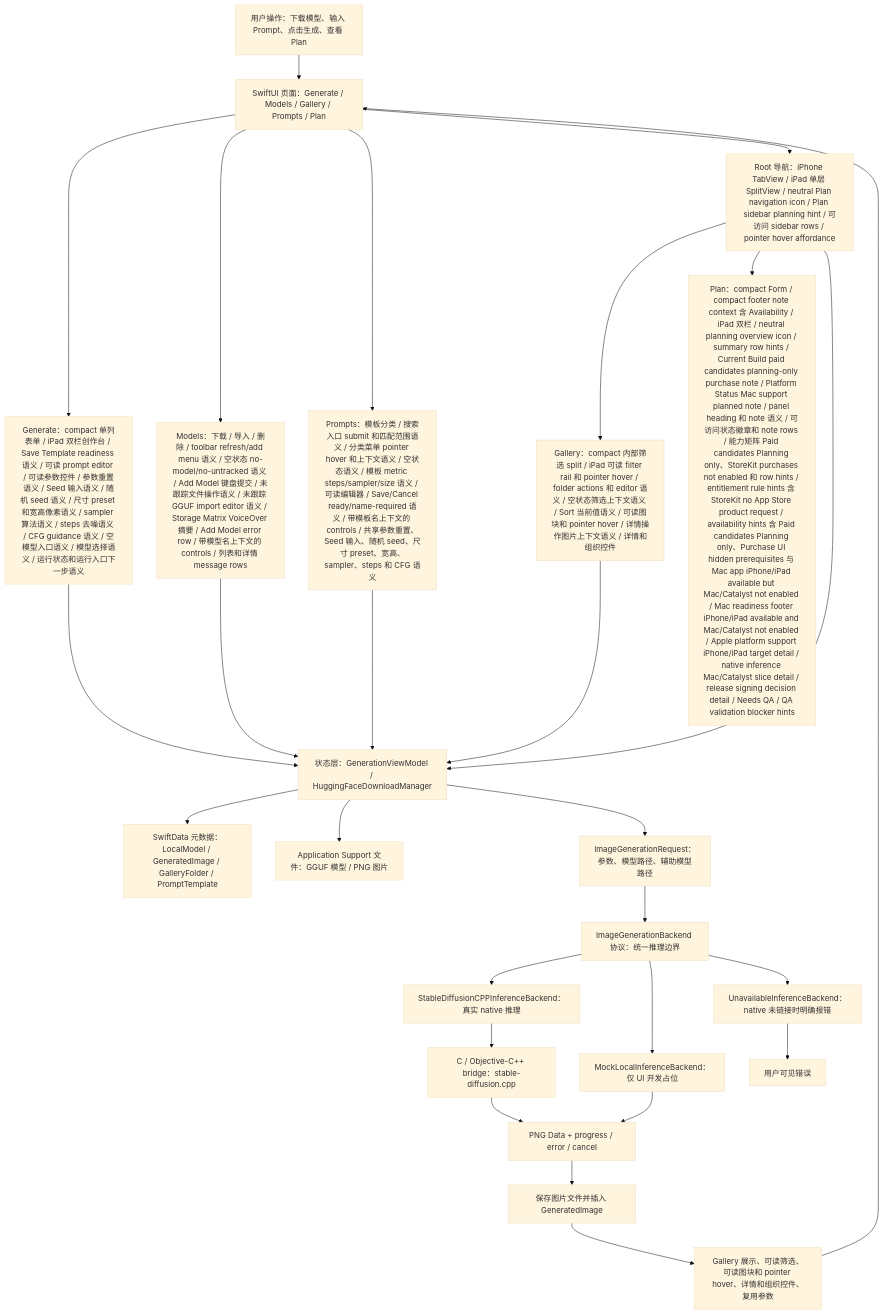
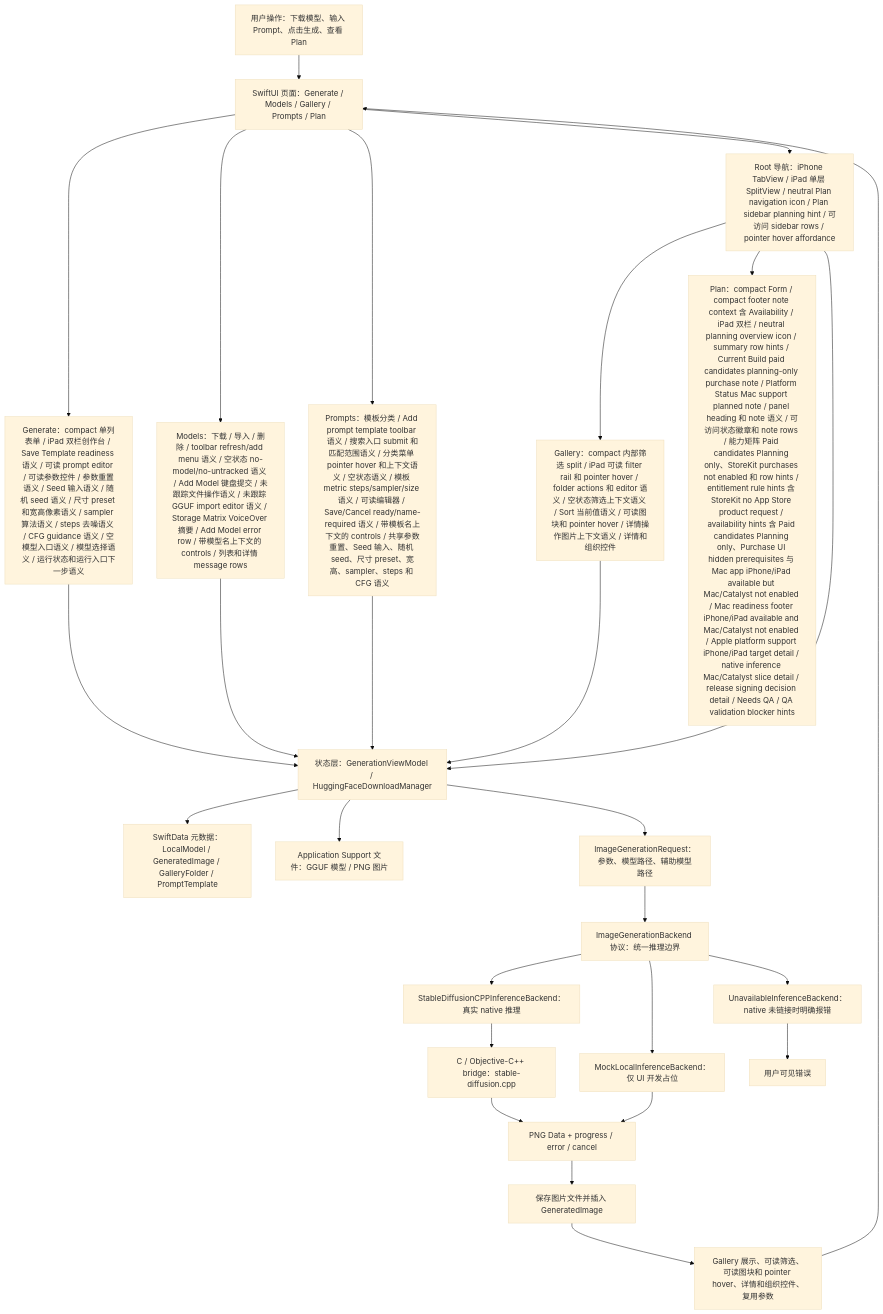
One commit to Altman-sam114/118 changed the first of 7 diagrams in md/flow/flowchart.md. Above: the diagram before and after it, drawn with Mermaid (base theme). The commit also changed 5 other files, not shown here.

First line of the commit message:
v1.87: Prompt Add toolbar semantics

````diff
--- a/md/flow/flowchart.md
+++ b/md/flow/flowchart.md
@@ -9,29 +9,29 @@
 ```mermaid
 flowchart TD
   U["用户操作：下载模型、输入 Prompt、点击生成、查看 Plan"] --> UI["SwiftUI 页面：Generate / Models / Gallery / Prompts / Plan"]
   UI --> GENUI["Generate：compact 单列表单 / iPad 双栏创作台 / Save Template readiness 语义 / 可读 prompt editor / 可读参数控件 / 参数重置语义 / Seed 输入语义 / 随机 seed 语义 / 尺寸 preset 和宽高像素语义 / sampler 算法语义 / steps 去噪语义 / CFG guidance 语义 / 空模型入口语义 / 模型选择语义 / 运行状态和运行入口下一步语义"]
   UI --> MODELUI["Models：下载 / 导入 / 删除 / toolbar refresh/add menu 语义 / 空状态 no-model/no-untracked 语义 / Add Model 键盘提交 / 未跟踪文件操作语义 / 未跟踪 GGUF import editor 语义 / Storage Matrix VoiceOver 摘要 / Add Model error row / 带模型名上下文的 controls / 列表和详情 message rows"]
-  UI --> PROMPTUI["Prompts：模板分类 / 搜索入口 submit 和匹配范围语义 / 分类菜单 pointer hover 和上下文语义 / 空状态语义 / 模板 metric steps/sampler/size 语义 / 可读编辑器 / Save/Cancel ready/name-required 语义 / 带模板名上下文的 controls / 共享参数重置、Seed 输入、随机 seed、尺寸 preset、宽高、sampler、steps 和 CFG 语义"]
+  UI --> PROMPTUI["Prompts：模板分类 / Add prompt template toolbar 语义 / 搜索入口 submit 和匹配范围语义 / 分类菜单 pointer hover 和上下文语义 / 空状态语义 / 模板 metric steps/sampler/size 语义 / 可读编辑器 / Save/Cancel ready/name-required 语义 / 带模板名上下文的 controls / 共享参数重置、Seed 输入、随机 seed、尺寸 preset、宽高、sampler、steps 和 CFG 语义"]
   UI --> NAV["Root 导航：iPhone TabView / iPad 单层 SplitView / neutral Plan navigation icon / Plan sidebar planning hint / 可访问 sidebar rows / pointer hover affordance"]
   NAV --> GALUI["Gallery：compact 内部筛选 split / iPad 可读 filter rail 和 pointer hover / folder actions 和 editor 语义 / 空状态筛选上下文语义 / Sort 当前值语义 / 可读图块和 pointer hover / 详情操作图片上下文语义 / 详情和组织控件"]
   NAV --> PLANUI["Plan：compact Form / compact footer note context 含 Availability / iPad 双栏 / neutral planning overview icon / summary row hints / Current Build paid candidates planning-only purchase note / Platform Status Mac support planned note / panel heading 和 note 语义 / 可访问状态徽章和 note rows / 能力矩阵 Paid candidates Planning only、StoreKit purchases not enabled 和 row hints / entitlement rule hints 含 StoreKit no App Store product request / availability hints 含 Paid candidates Planning only、Purchase UI hidden prerequisites 与 Mac app iPhone/iPad available but Mac/Catalyst not enabled / Mac readiness footer iPhone/iPad available and Mac/Catalyst not enabled / Apple platform support iPhone/iPad target detail / native inference Mac/Catalyst slice detail / release signing decision detail / Needs QA / QA validation blocker hints"]
   NAV --> VM["状态层：GenerationViewModel / HuggingFaceDownloadManager"]
   GENUI --> VM
   MODELUI --> VM
   PROMPTUI --> VM
   GALUI --> VM
   VM --> SD["SwiftData 元数据：LocalModel / GeneratedImage / GalleryFolder / PromptTemplate"]
   VM --> FS["Application Support 文件：GGUF 模型 / PNG 图片"]
   VM --> REQ["ImageGenerationRequest：参数、模型路径、辅助模型路径"]
   REQ --> IFACE["ImageGenerationBackend 协议：统一推理边界"]
   IFACE --> NATIVE["StableDiffusionCPPInferenceBackend：真实 native 推理"]
   IFACE --> MOCK["MockLocalInferenceBackend：仅 UI 开发占位"]
   IFACE --> OFF["UnavailableInferenceBackend：native 未链接时明确报错"]
   NATIVE --> BRIDGE["C / Objective-C++ bridge：stable-diffusion.cpp"]
   BRIDGE --> PNG["PNG Data + progress / error / cancel"]
   MOCK --> PNG
   OFF --> ERR["用户可见错误"]
   PNG --> SAVE["保存图片文件并插入 GeneratedImage"]
   SAVE --> GALLERY["Gallery 展示、可读筛选、可读图块和 pointer hover、详情和组织控件、复用参数"]
   GALLERY --> UI
 ```
````
